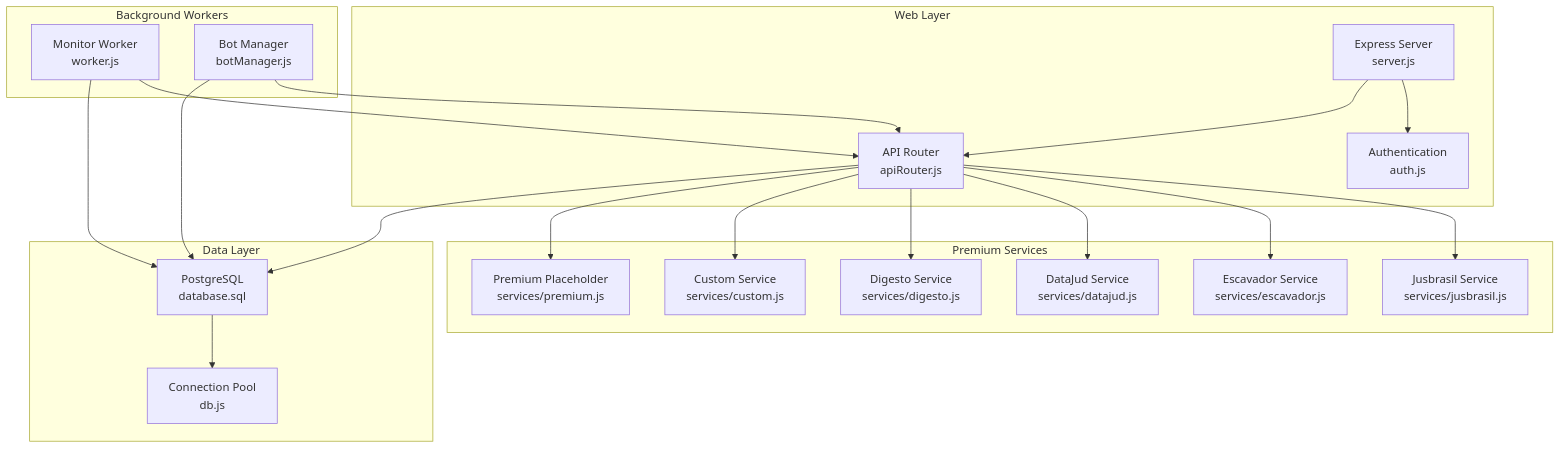
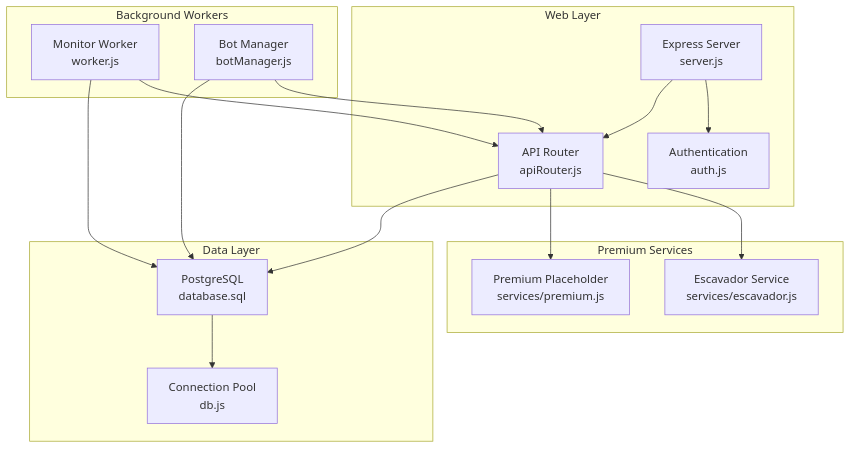
One commit to Alexandrexicara/bot-processos changed the first of 19 diagrams in .qoder/repowiki/en/content/API Integration Layer/Premium Paid Service Integration.md. Above: the diagram before and after it, drawn with Mermaid. The commit also changed other lines of this file and 6 other files, not shown here.

````diff
--- a/.qoder/repowiki/en/content/API Integration Layer/Premium Paid Service Integration.md
+++ b/.qoder/repowiki/en/content/API Integration Layer/Premium Paid Service Integration.md
@@ -67,38 +64,30 @@
 ```mermaid
 graph TB
 subgraph "Web Layer"
 Server["Express Server<br/>server.js"]
 Auth["Authentication<br/>auth.js"]
 Router["API Router<br/>apiRouter.js"]
 end
 subgraph "Premium Services"
-Jusbrasil["Jusbrasil Service<br/>services/jusbrasil.js"]
 Escavador["Escavador Service<br/>services/escavador.js"]
-DataJud["DataJud Service<br/>services/datajud.js"]
-Digesto["Digesto Service<br/>services/digesto.js"]
-Custom["Custom Service<br/>services/custom.js"]
 Premium["Premium Placeholder<br/>services/premium.js"]
 end
 subgraph "Background Workers"
 Worker["Monitor Worker<br/>worker.js"]
 BotMgr["Bot Manager<br/>botManager.js"]
 end
 subgraph "Data Layer"
 DB["PostgreSQL<br/>database.sql"]
 Pool["Connection Pool<br/>db.js"]
 end
 Server --> Auth
 Server --> Router
-Router --> Jusbrasil
 Router --> Escavador
-Router --> DataJud
-Router --> Digesto
-Router --> Custom
 Router --> Premium
 Worker --> Router
 BotMgr --> Router
 Router --> DB
 Worker --> DB
 BotMgr --> DB
 DB --> Pool
 ```
````
